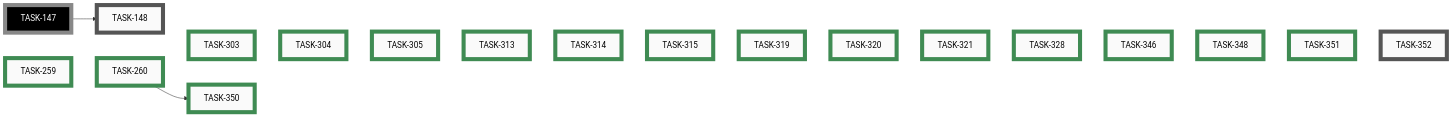
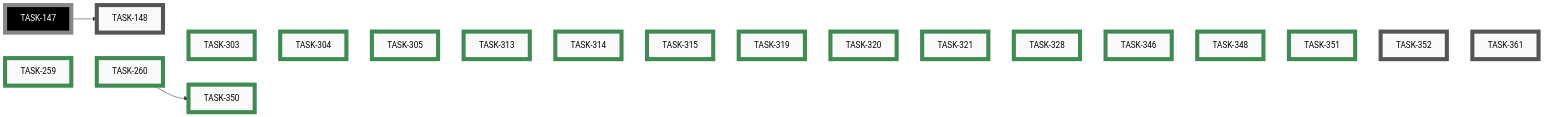
Before and after one commit to tgd1975/AwesomeStudioPedal: diagram 11 of 11 in docs/developers/tasks/EPICS.md, drawn with Mermaid. The commit also changed other lines of this file and 3 other files, not shown here.

````diff
--- a/docs/developers/tasks/EPICS.md
+++ b/docs/developers/tasks/EPICS.md
@@ -464,51 +464,53 @@
 ```mermaid
 graph LR
     TASK_148["TASK-148"]:::open
     TASK_352["TASK-352"]:::open
+    TASK_361["TASK-361"]:::open
     TASK_259["TASK-259"]:::closed
     TASK_260["TASK-260"]:::closed
     TASK_303["TASK-303"]:::closed
     TASK_304["TASK-304"]:::closed
     TASK_305["TASK-305"]:::closed
     TASK_313["TASK-313"]:::closed
     TASK_314["TASK-314"]:::closed
     TASK_315["TASK-315"]:::closed
     TASK_319["TASK-319"]:::closed
     TASK_320["TASK-320"]:::closed
     TASK_321["TASK-321"]:::closed
     TASK_328["TASK-328"]:::closed
     TASK_346["TASK-346"]:::closed
     TASK_348["TASK-348"]:::closed
     TASK_350["TASK-350"]:::closed
     TASK_351["TASK-351"]:::closed
     TASK_147["TASK-147"]:::openExt
     TASK_147 --> TASK_148
     TASK_260 --> TASK_350
-    TASK_259 ~~~ TASK_260 ~~~ TASK_303 ~~~ TASK_304 ~~~ TASK_305 ~~~ TASK_313 ~~~ TASK_314 ~~~ TASK_315 ~~~ TASK_319 ~~~ TASK_320 ~~~ TASK_321 ~~~ TASK_328 ~~~ TASK_346 ~~~ TASK_348 ~~~ TASK_351 ~~~ TASK_352
+    TASK_259 ~~~ TASK_260 ~~~ TASK_303 ~~~ TASK_304 ~~~ TASK_305 ~~~ TASK_313 ~~~ TASK_314 ~~~ TASK_315 ~~~ TASK_319 ~~~ TASK_320 ~~~ TASK_321 ~~~ TASK_328 ~~~ TASK_346 ~~~ TASK_348 ~~~ TASK_351 ~~~ TASK_352 ~~~ TASK_361
     click TASK_148 "open/task-148-reorganise-developer-documentation.md"
     click TASK_352 "open/task-352-investigate-pre-commit-hook-latency.md"
+    click TASK_361 "open/task-361-lint-platformio-ini-pre-commit-and-ci.md"
     click TASK_259 "closed/task-259-android-app-test-protocol.md"
     click TASK_260 "closed/task-260-unify-version-numbers-across-deliverables.md"
     click TASK_303 "closed/task-303-simulator-boots-with-demo-loaded.md"
     click TASK_304 "closed/task-304-simulator-button-no-hover-reaction.md"
     click TASK_305 "closed/task-305-add-category-field-to-ideas.md"
     click TASK_313 "closed/task-313-emoji-icons-for-idea-categories.md"
     click TASK_314 "closed/task-314-nbsp-between-icon-and-category.md"
     click TASK_315 "closed/task-315-idea-sub-file-naming-convention.md"
     click TASK_319 "closed/task-319-remove-wireviz-precommit-block.md"
     click TASK_320 "closed/task-320-remove-ble-flag-precommit-check.md"
     click TASK_321 "closed/task-321-fix-ci-failures-mermaid-clang-tidy.md"
     click TASK_328 "closed/task-328-prevent-parallel-housekeep-execution.md"
     click TASK_346 "closed/task-346-content-sensitive-precommit-checks.md"
     click TASK_348 "closed/task-348-derive-clang-tidy-set-from-compile-commands.md"
     click TASK_350 "closed/task-350-display-unified-version-in-web-tooling.md"
     click TASK_351 "closed/task-351-ensure-autogenerated-markdown-is-lint-clean.md"
     classDef open    fill:#FAFAFA,stroke:#555,stroke-width:8px,color:#000
     classDef active  fill:#FAFAFA,stroke:#1A6FA8,stroke-width:8px,color:#000
     classDef closed  fill:#FAFAFA,stroke:#3F8B53,stroke-width:8px,color:#000
     classDef paused  fill:#FAFAFA,stroke:#B07810,stroke-width:8px,color:#000
     classDef openExt    fill:#000,stroke:#888,stroke-width:8px,color:#FFF
     classDef activeExt  fill:#000,stroke:#3FA9F5,stroke-width:8px,color:#FFF
     classDef closedExt  fill:#000,stroke:#7CC68A,stroke-width:8px,color:#FFF
     classDef pausedExt  fill:#000,stroke:#F0B030,stroke-width:8px,color:#FFF
 ```
````
